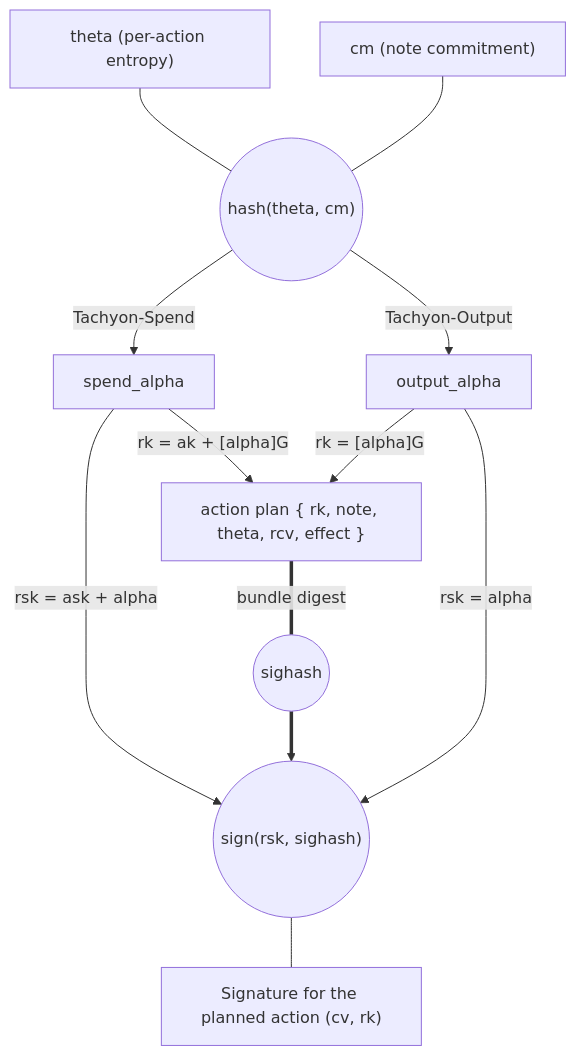
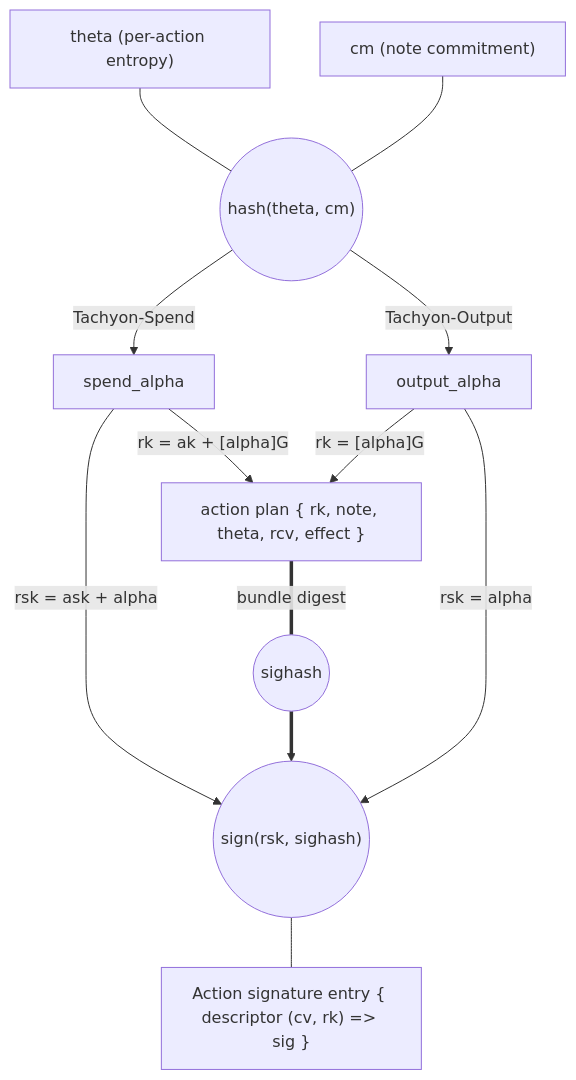
Before and after one commit to tachyon-zcash/tachyon: the first of 3 diagrams in book/src/authorization.md, drawn with Mermaid. The commit also changed other lines of this file and 17 other files, not shown here.

````diff
--- a/book/src/authorization.md
+++ b/book/src/authorization.md
@@ -12,24 +12,24 @@
 ```mermaid
 flowchart TB
     theta["theta (per-action entropy)"]
     cm["cm (note commitment)"]
     hash(("hash(theta, cm)"))
 
     theta & cm --- hash
 
     hash -->|"Tachyon-Spend"| spend_alpha
     hash -->|"Tachyon-Output"| output_alpha
 
     spend_alpha -->|"rk = ak + [alpha]G"| plan
     output_alpha -->|"rk = [alpha]G"| plan
 
     plan["action plan { rk, note, theta, rcv, effect }"]
     plan ===|"bundle digest"| sighash((sighash))
 
     spend_alpha -->|"rsk = ask + alpha"| sign
     sighash ==> sign
     output_alpha -->|"rsk = alpha"| sign
 
     sign(("sign(rsk, sighash)"))
-    sign --- action["Signature for the planned action (cv, rk)"]
+    sign --- action["Action signature entry { descriptor (cv, rk) => sig }"]
 ```
````
